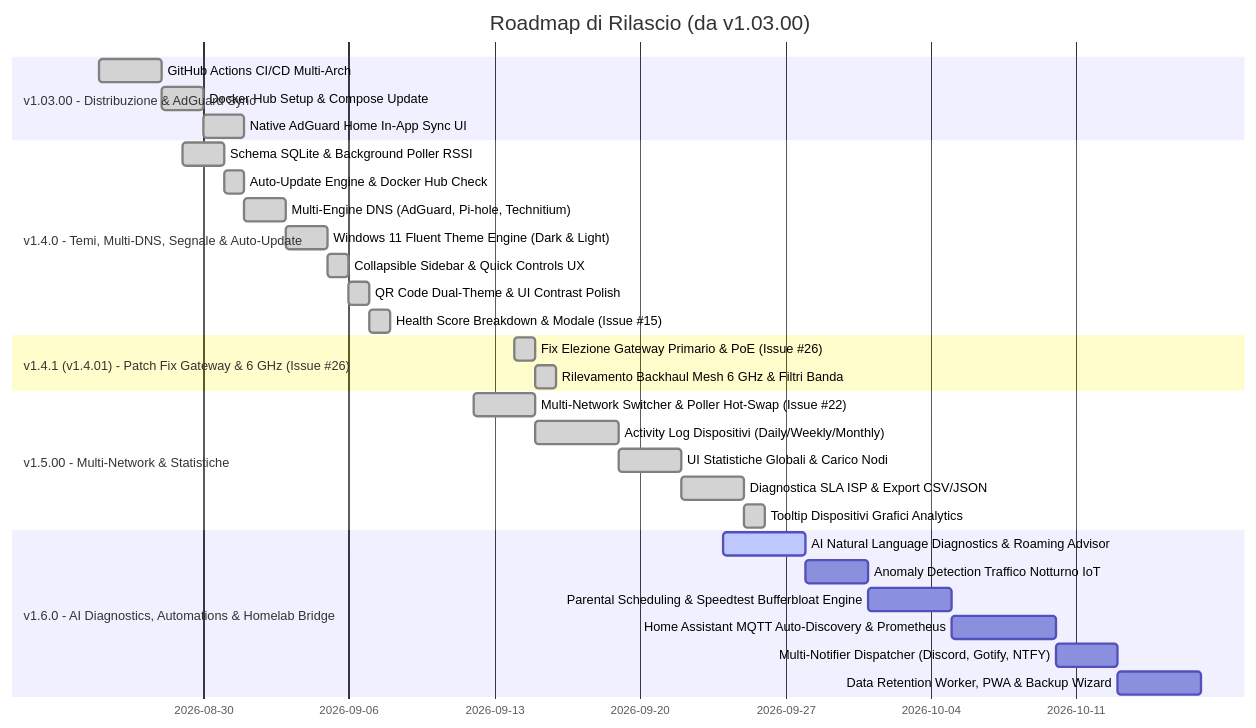
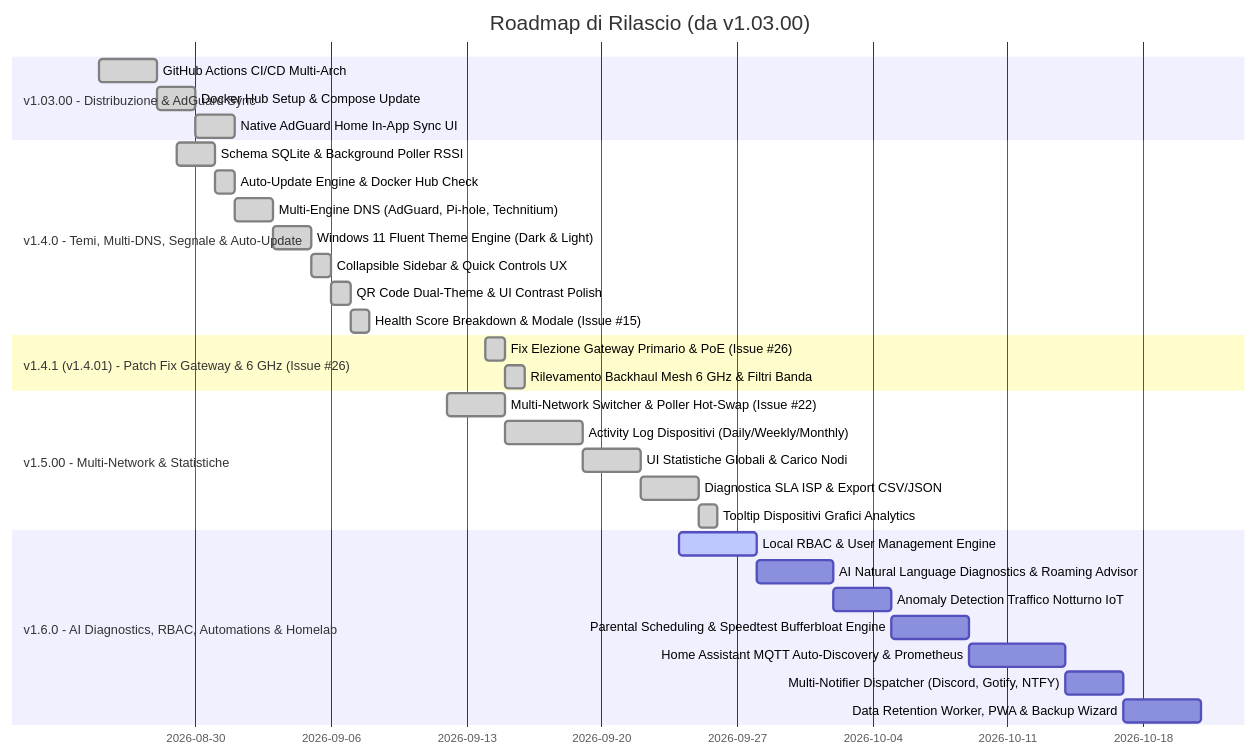
One commit to EnricoFlammini/Dashboard_EERO changed the diagram in ROADMAP.md. Above: the diagram before and after it, drawn with Mermaid. The commit also changed other lines of this file, not shown here.

Commit message:
docs: integrate Local RBAC & User Management specifications into v1.6.0 roadmap

````diff
--- a/ROADMAP.md
+++ b/ROADMAP.md
@@ -20,33 +20,34 @@
 ```mermaid
 gantt
     title Roadmap di Rilascio (da v1.03.00)
     dateFormat  YYYY-MM-DD
     section v1.03.00 - Distribuzione & AdGuard Sync
     GitHub Actions CI/CD Multi-Arch       :done, v1_3a, 2026-08-25, 3d
     Docker Hub Setup & Compose Update    :done, v1_3b, after v1_3a, 2d
     Native AdGuard Home In-App Sync UI   :done, v1_3c, after v1_3b, 2d
     section v1.4.0 - Temi, Multi-DNS, Segnale & Auto-Update
     Schema SQLite & Background Poller RSSI:done, v1_4a, 2026-08-29, 2d
     Auto-Update Engine & Docker Hub Check :done, v1_4b, after v1_4a, 1d
     Multi-Engine DNS (AdGuard, Pi-hole, Technitium):done, v1_4c, after v1_4b, 2d
     Windows 11 Fluent Theme Engine (Dark & Light):done, v1_4d, after v1_4c, 2d
     Collapsible Sidebar & Quick Controls UX:done, v1_4g, after v1_4d, 1d
     QR Code Dual-Theme & UI Contrast Polish:done, v1_4e, after v1_4g, 1d
     Health Score Breakdown & Modale (Issue #15):done, v1_4f, after v1_4e, 1d
     section v1.4.1 (v1.4.01) - Patch Fix Gateway & 6 GHz (Issue #26)
     Fix Elezione Gateway Primario & PoE (Issue #26):done, v1_41a, 2026-09-14, 1d
     Rilevamento Backhaul Mesh 6 GHz & Filtri Banda:done, v1_41b, after v1_41a, 1d
     section v1.5.00 - Multi-Network & Statistiche
     Multi-Network Switcher & Poller Hot-Swap (Issue #22):done, v1_5a, 2026-09-12, 3d
     Activity Log Dispositivi (Daily/Weekly/Monthly):done, v1_5b, after v1_5a, 4d
     UI Statistiche Globali & Carico Nodi :done, v1_5c, after v1_5b, 3d
     Diagnostica SLA ISP & Export CSV/JSON :done, v1_5d, after v1_5c, 3d
     Tooltip Dispositivi Grafici Analytics :done, v1_5e, after v1_5d, 1d
-    section v1.6.0 - AI Diagnostics, Automations & Homelab Bridge
-    AI Natural Language Diagnostics & Roaming Advisor :active, v1_6a, 2026-09-24, 4d
-    Anomaly Detection Traffico Notturno IoT          :v1_6b, after v1_6a, 3d
-    Parental Scheduling & Speedtest Bufferbloat Engine:v1_6c, after v1_6b, 4d
-    Home Assistant MQTT Auto-Discovery & Prometheus   :v1_6d, after v1_6c, 5d
-    Multi-Notifier Dispatcher (Discord, Gotify, NTFY) :v1_6e, after v1_6d, 3d
-    Data Retention Worker, PWA & Backup Wizard        :v1_6f, after v1_6e, 4d
+    section v1.6.0 - AI Diagnostics, RBAC, Automations & Homelab
+    Local RBAC & User Management Engine               :active, v1_6a, 2026-09-24, 4d
+    AI Natural Language Diagnostics & Roaming Advisor :v1_6b, after v1_6a, 4d
+    Anomaly Detection Traffico Notturno IoT           :v1_6c, after v1_6b, 3d
+    Parental Scheduling & Speedtest Bufferbloat Engine :v1_6d, after v1_6c, 4d
+    Home Assistant MQTT Auto-Discovery & Prometheus    :v1_6e, after v1_6d, 5d
+    Multi-Notifier Dispatcher (Discord, Gotify, NTFY)  :v1_6f, after v1_6e, 3d
+    Data Retention Worker, PWA & Backup Wizard         :v1_6g, after v1_6f, 4d
 ```
````
